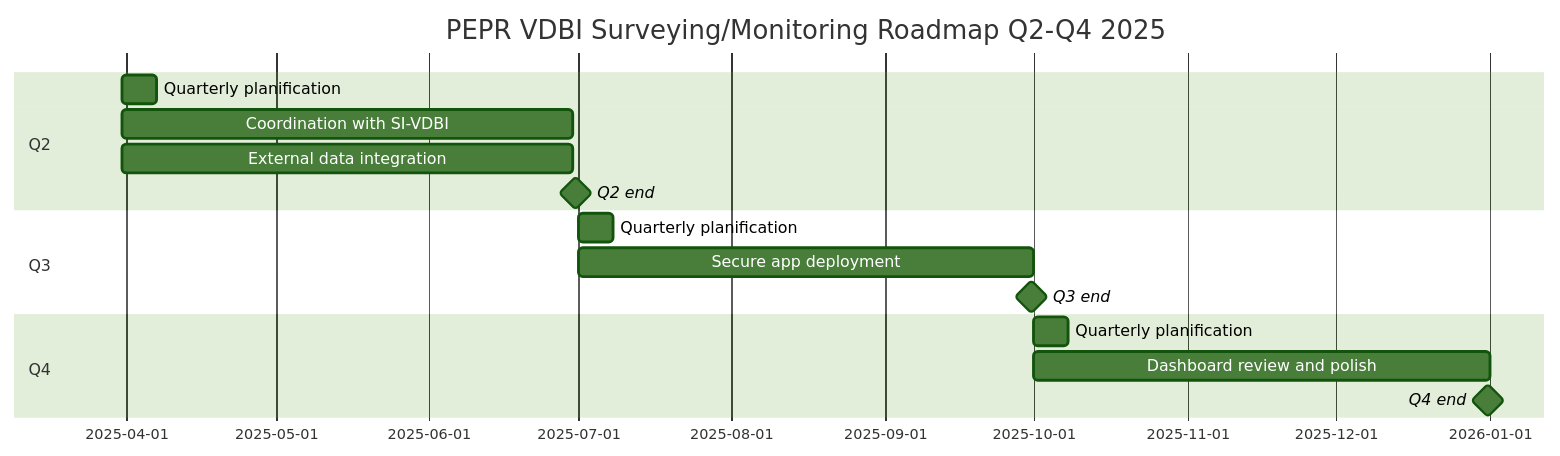
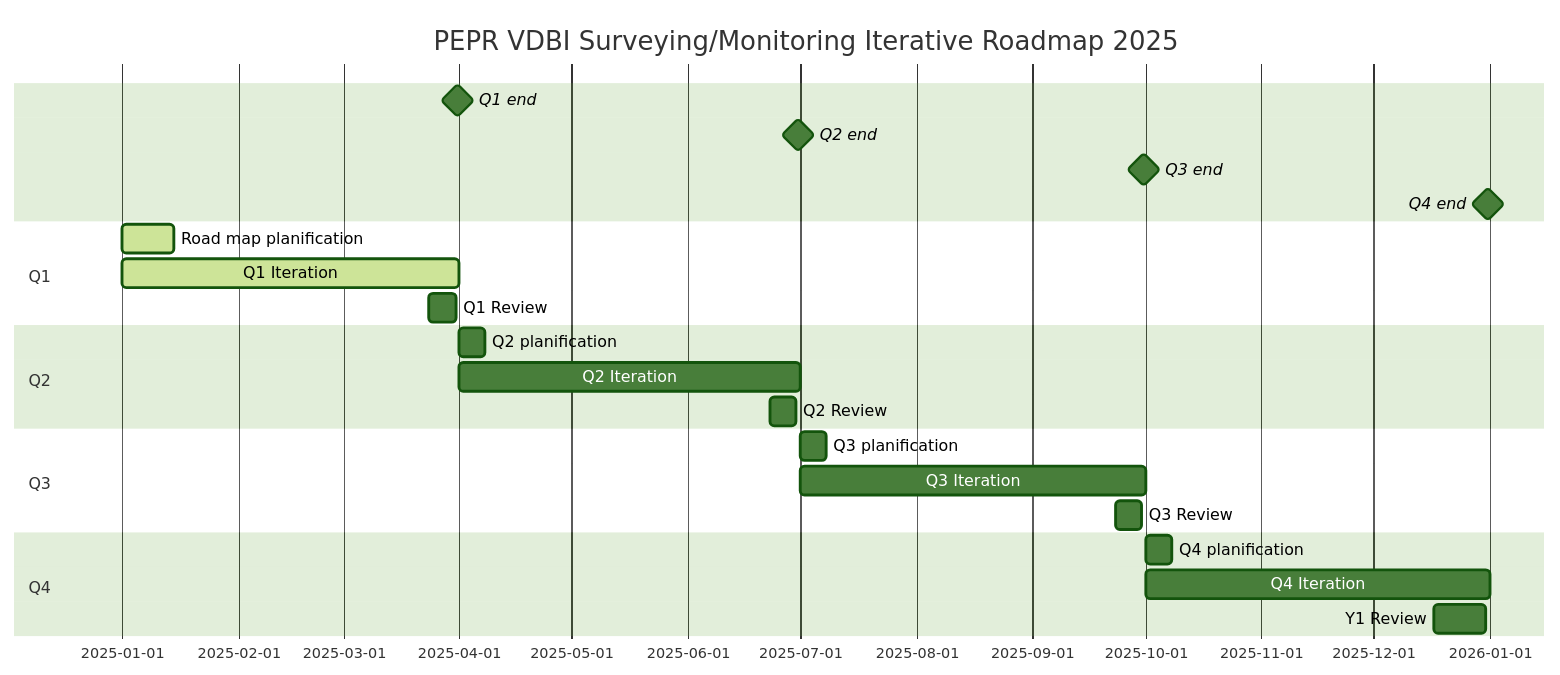
The diagram in docs/README.md (VCityTeam/PEPR-VDBI), drawn with Mermaid (forest theme) before and after one commit. The commit also changed other lines of this file, not shown here.

Commit message:
update roadmap

````diff
--- a/docs/README.md
+++ b/docs/README.md
@@ -61,20 +39,31 @@
 ```mermaid
 gantt
-    title PEPR VDBI Surveying/Monitoring Roadmap Q2-Q4 2025
+    title PEPR VDBI Surveying/Monitoring Iterative Roadmap 2025
     dateFormat  DD-MM-YYYY
+
+    %name                           %status     %tag    %start          %duration
+    Q1 end                          :milestone, q1,     31-03-2025,     1d
+    Q2 end                          :milestone, q2,     30-06-2025,     1d
+    Q3 end                          :milestone, q3,     30-09-2025,     1d
+    Q4 end                          :milestone, q4,     31-12-2025,     1d
+
+    section Q1
+    Road map planification          :active,    q1-1,   01-01-2025,     2w
+    Q1 Iteration                    :active,    q1-2,   01-01-2025,     3M
+    Q1 Review                       :           q1-3,   24-03-2025,     1w
+
     section Q2
-    Quarterly planification         :           q2i1,   31-03-2025,     1w
-    Coordination with SI-VDBI       :           q2i2,   31-03-2025,     3M
-    External data integration       :           q2i3,   31-03-2025,     3M
-    Q2 end                          :milestone, q2,     30-06-2025,     1d
+    Q2 planification                :           q2-1,   after q1,       1w
+    Q2 Iteration                    :           q2-2,   after q1,       3M
+    Q2 Review                       :           q2-3,   23-06-2025,     1w
 
     section Q3
-    Quarterly planification         :           q3i1,   after q2,       1w
-    Secure app deployment           :           q3i2,   after q2,       3M
-    Q3 end                          :milestone, q3,     30-09-2025,     1d
+    Q3 planification                :           q3-1,   after q2,       1w
+    Q3 Iteration                    :           q3-2,   after q2,       3M
+    Q3 Review                       :           q3-3,   23-09-2025,     1w
 
     section Q4
-    Quarterly planification         :           q4i1,   after q3,       1w
-    Dashboard review and polish     :           q4i2,   after q3,       3M
-    Q4 end                          :milestone, q4,     31-12-2025,     1d
+    Q4 planification                :           q4-1,   after q3,       1w
+    Q4 Iteration                    :           q4-2,   after q3,       3M
+    Y1 Review                       :           q4-3,   17-12-2025,     2w
 ```
````
